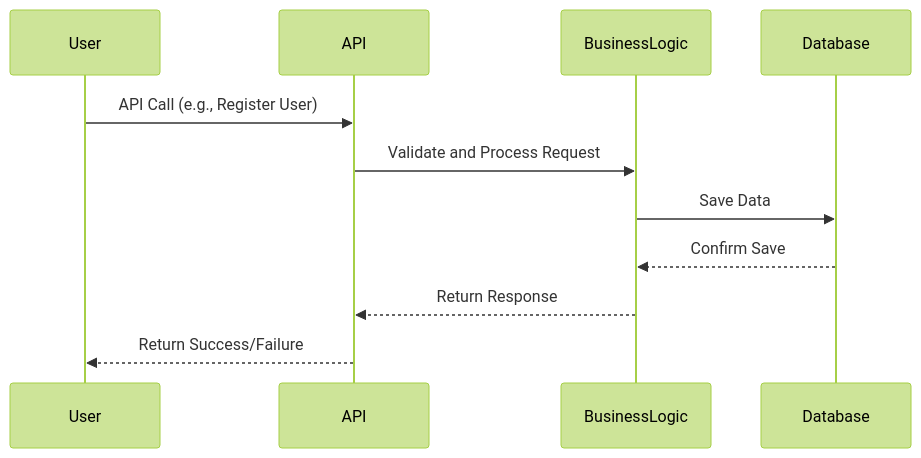
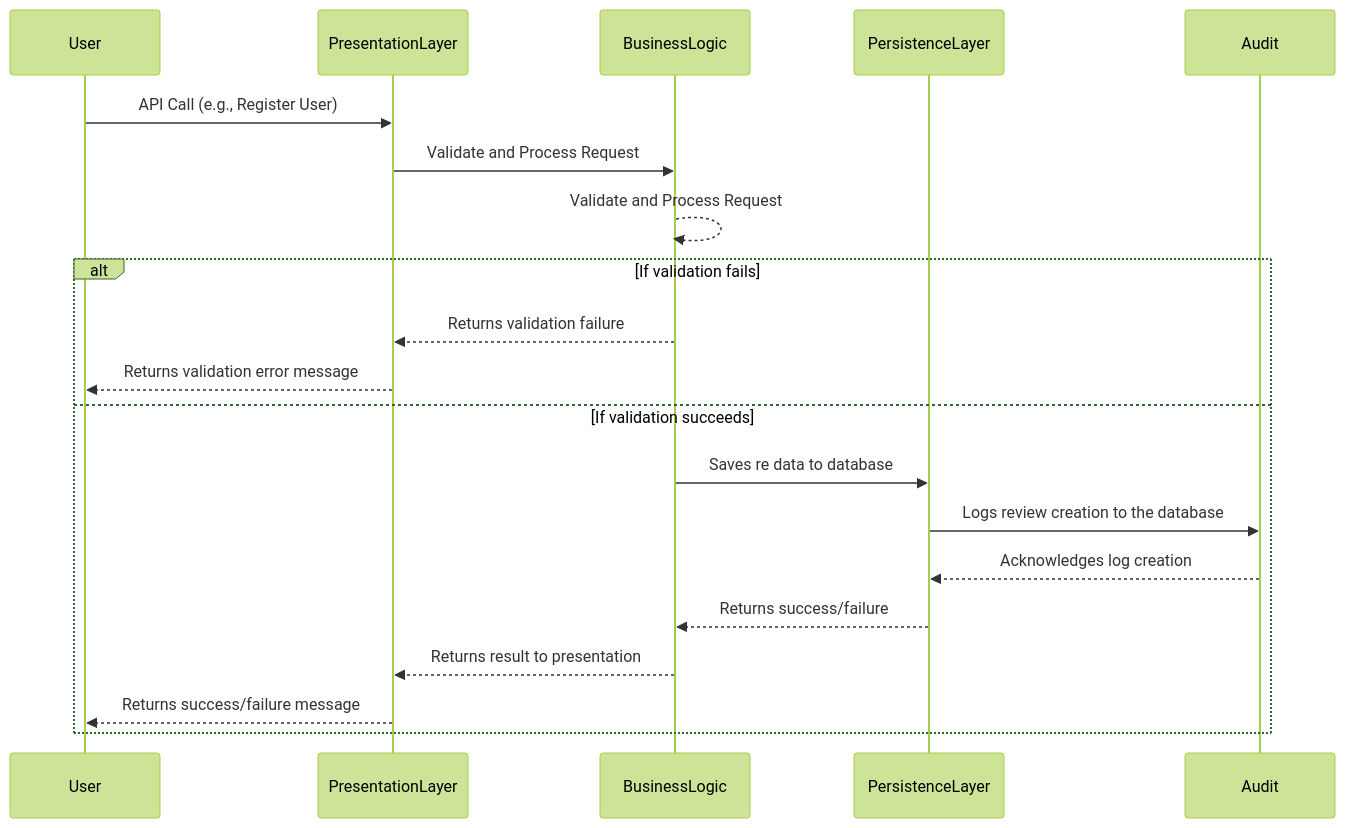
One commit to Maniok19/holbertonschool-hbnb changed the third of 6 diagrams in README.md. Above: the diagram before and after it, drawn with Mermaid (forest theme). The commit also changed other lines of this file, not shown here.

Commit message:
Enhance sequence diagrams for user registration, place creation, and review submission to improve validation handling and logging for success and failure scenarios

````diff
--- a/README.md
+++ b/README.md
@@ -123,14 +123,22 @@
 ```mermaid
 sequenceDiagram
 participant User
-participant API
+participant PresentationLayer 
 participant BusinessLogic
-participant Database
+participant PersistenceLayer
 
-User->>API: API Call (e.g., Register User)
-API->>BusinessLogic: Validate and Process Request
-BusinessLogic->>Database: Save Data
-Database-->>BusinessLogic: Confirm Save
-BusinessLogic-->>API: Return Response
-API-->>User: Return Success/Failure
+User->>PresentationLayer : API Call (e.g., Register User)
+PresentationLayer ->>BusinessLogic: Validate and Process Request
+BusinessLogic-->>BusinessLogic: Validate and Process Request
+ alt If validation fails
+    BusinessLogic-->>PresentationLayer: Returns validation failure
+    PresentationLayer-->>User: Returns validation error message
+  else If validation succeeds
+    BusinessLogic->>PersistenceLayer: Saves re data to database
+    PersistenceLayer->>Audit: Logs review creation to the database
+    Audit-->>PersistenceLayer: Acknowledges log creation
+    PersistenceLayer-->>BusinessLogic: Returns success/failure
+    BusinessLogic-->>PresentationLayer: Returns result to presentation
+    PresentationLayer-->>User: Returns success/failure message
+  end
 ```
````
